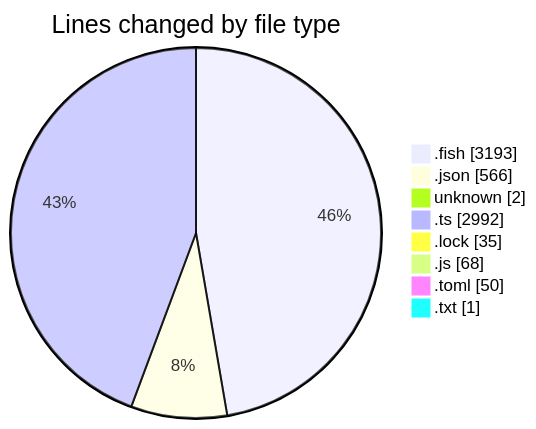
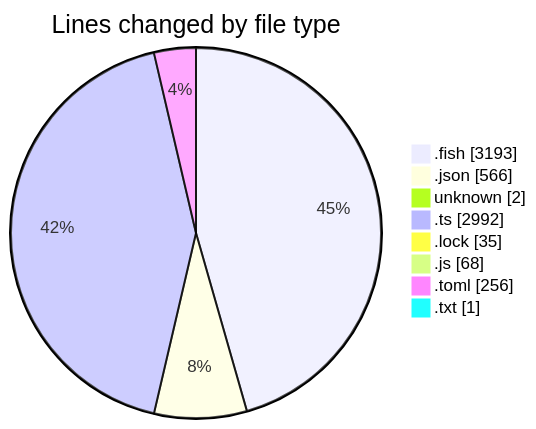
The first of 2 diagrams in 2025-07-12/fish/README.md (EIIisD/code-tracking), drawn with Mermaid before and after one commit. The commit also changed other lines of this file and 1 other file, not shown here.

````diff
--- a/2025-07-12/fish/README.md
+++ b/2025-07-12/fish/README.md
@@ -162,12 +162,12 @@
 ```mermaid
 pie showData
 title Lines changed by file type
 ".fish" : 3193
 ".json" : 566
 "unknown" : 2
 ".ts" : 2992
 ".lock" : 35
 ".js" : 68
-".toml" : 50
+".toml" : 256
 ".txt" : 1
 ```
````
